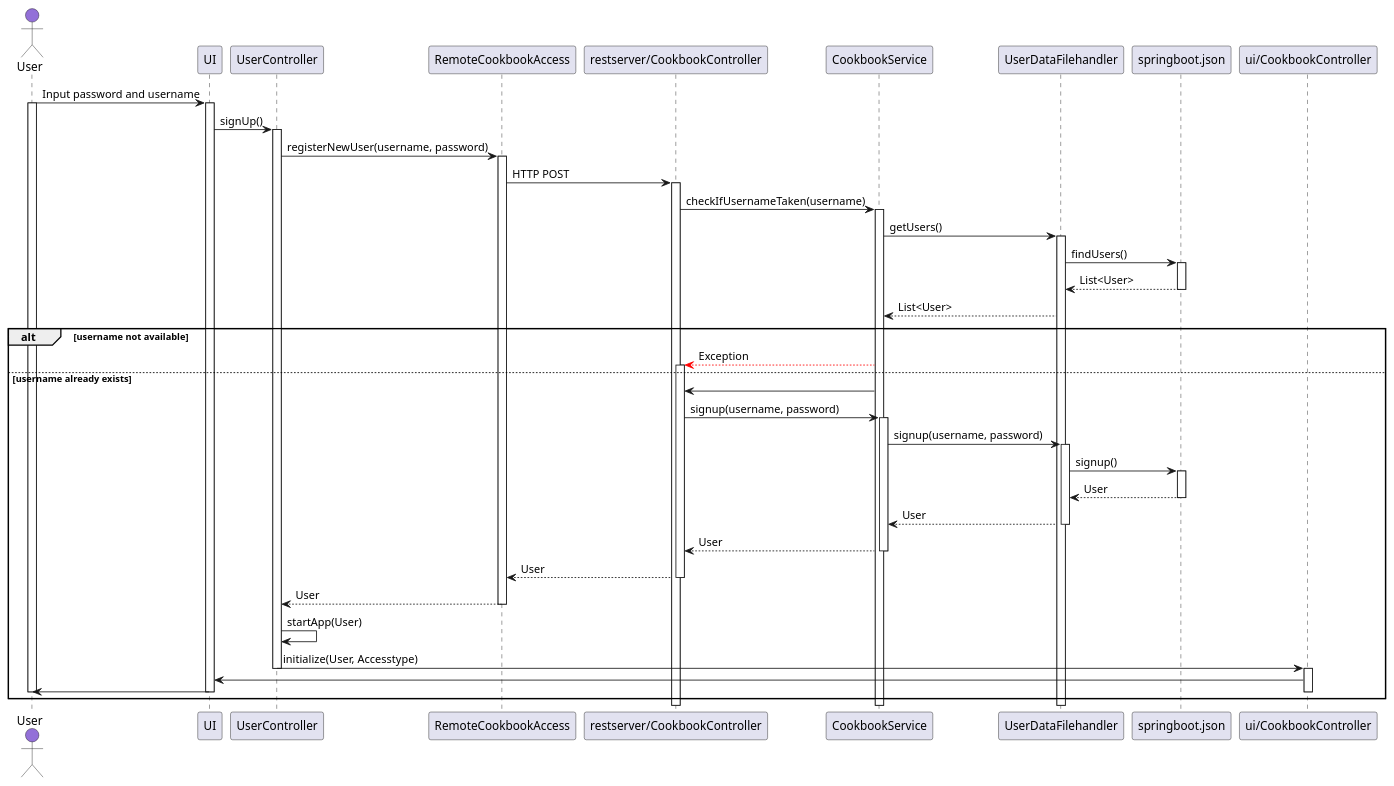
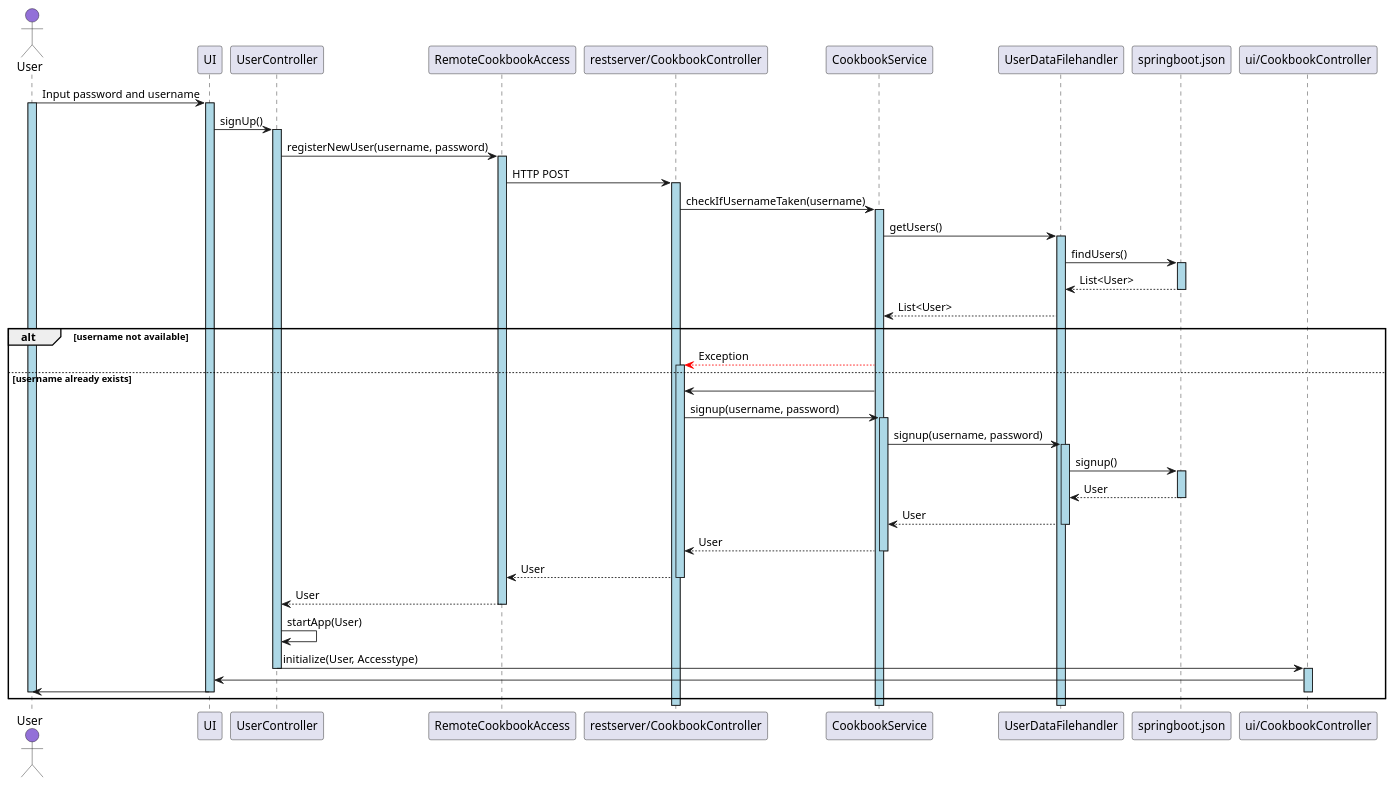
One commit to MadsJJ/Cookbook changed the diagram in cookbook/docs/release3/Diagrams/SequenceDiagram.puml. Above: the diagram before and after it, drawn with PlantUML. The commit also changed 4 other files, not shown here.

```diff
--- a/cookbook/docs/release3/Diagrams/SequenceDiagram.puml
+++ b/cookbook/docs/release3/Diagrams/SequenceDiagram.puml
@@ -1,63 +1,63 @@
 @startuml Sequence Diagram
 
 Actor User as user  #MediumPurple
-participant UI as ui 
+participant UI as ui
 participant UserController as uc  
 participant RemoteCookbookAccess as rca 
 participant "restserver/CookbookController" as rcc  
 participant CookbookService as cs 
 participant UserDataFilehandler as udf  
 participant "springboot.json" as sbj 
 participant "ui/CookbookController" as ucc 
 
 user -> ui: Input password and username
-activate user
-activate ui
+activate user #LightBlue
+activate ui #LightBlue
 ui -> uc: signUp()
-activate uc
+activate uc #LightBlue
 uc -> rca: registerNewUser(username, password)
-activate rca
+activate rca #LightBlue
 rca -> rcc: HTTP POST
-activate rcc
+activate rcc #LightBlue
 rcc -> cs: checkIfUsernameTaken(username)
-activate cs
+activate cs #LightBlue
 cs -> udf: getUsers()
-activate udf
+activate udf #LightBlue
 udf -> sbj: findUsers()
-activate sbj
+activate sbj #LightBlue
 sbj --> udf: List<User>
 deactivate sbj
 udf --> cs: List<User>
 alt username not available
 cs -[#Red]-> rcc: Exception
 else username already exists 
-activate rcc
+activate rcc #LightBlue
 cs -> rcc
 rcc -> cs: signup(username, password)
-activate cs
+activate cs #LightBlue
 cs -> udf: signup(username, password)
-activate udf
+activate udf #LightBlue
 udf -> sbj: signup()
-activate sbj
+activate sbj #LightBlue
 sbj --> udf: User
 deactivate sbj
 udf --> cs: User
 deactivate udf
 cs --> rcc: User
 deactivate cs
 rcc --> rca: User
 deactivate rcc
 rca --> uc: User
 deactivate rca
 uc -> uc: startApp(User)
 uc -> ucc: initialize(User, Accesstype)
 deactivate uc
-activate ucc
+activate ucc #LightBlue
 ucc -> ui
 ui -> user
 deactivate ucc
 deactivate ui
 deactivate user
 end
 
 @enduml
```
